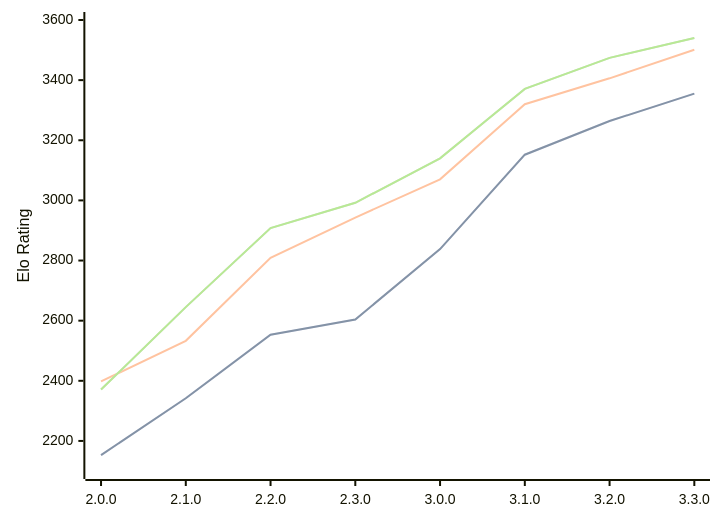
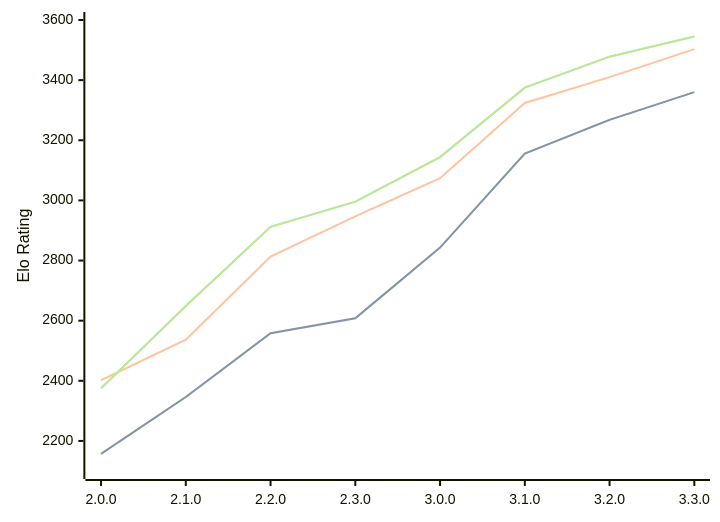
One commit to computer-chess-index/cci changed the diagram in engines/Raphael.md. Above: the diagram before and after it, drawn with Mermaid. The commit also changed other lines of this file, not shown here.

Commit message:
Update CCI Ratings (ELO VLTC) - 2026-04-18

````diff
--- a/engines/Raphael.md
+++ b/engines/Raphael.md
@@ -50,11 +50,11 @@
 ```mermaid
 %%{init: {"theme":"base","themeVariables":{"seriesColors:['#a3a3a3','#222221','#faa371']}}}%%
 xychart-beta
   x-axis ["2.0.0", "2.1.0", "2.2.0", "2.3.0", "3.0.0", "3.1.0", "3.2.0", "3.3.0"]
   y-axis "Elo Rating" 2100 --> 3600
-  line "STC (8.0+0.08s)" [2153, 2342, 2553, 2604, 2838, 3152, 3264, 3355]
-  line "STC (8.0+0.08s)" [2153, 2342, 2553, 2604, 2838, 3152, 3264, 3355]
-  line "LTC (60.0+0.60s)" [2398, 2533, 2809, 2943, 3070, 3320, 3406, 3501]
-  line "VLTC (2m24s+1.12s)" [2371, 2645, 2908, 2992, 3140, 3371, 3474, 3540]
-  line "VLTC (2m24s+1.12s)" [2371, 2645, 2908, 2992, 3140, 3371, 3474, 3540]
+  line "STC (8.0+0.08s)" [2157, 2346, 2558, 2608, 2843, 3156, 3268, 3360]
+  line "STC (8.0+0.08s)" [2157, 2346, 2558, 2608, 2843, 3156, 3268, 3360]
+  line "LTC (60.0+0.60s)" [2402, 2537, 2813, 2947, 3074, 3324, 3410, 3503]
+  line "VLTC (2m24s+1.12s)" [2375, 2649, 2912, 2996, 3144, 3375, 3478, 3545]
+  line "VLTC (2m24s+1.12s)" [2375, 2649, 2912, 2996, 3144, 3375, 3478, 3545]
 ```
````
